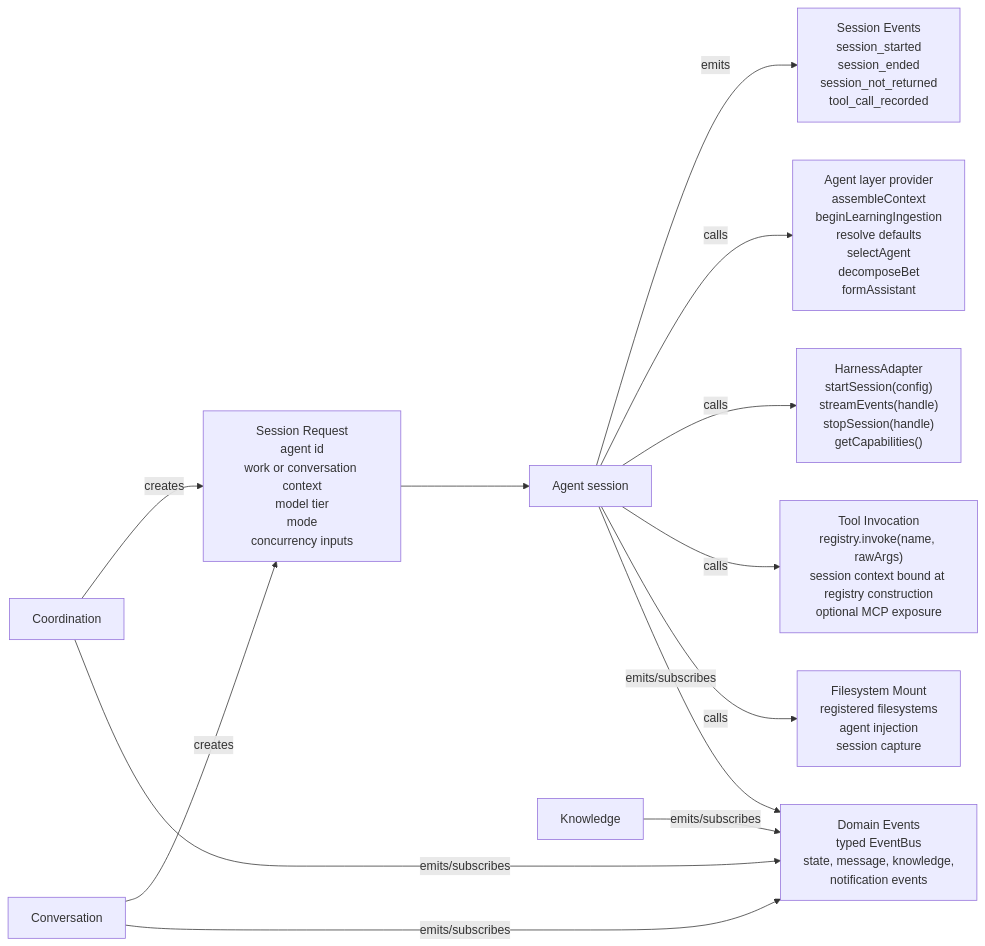
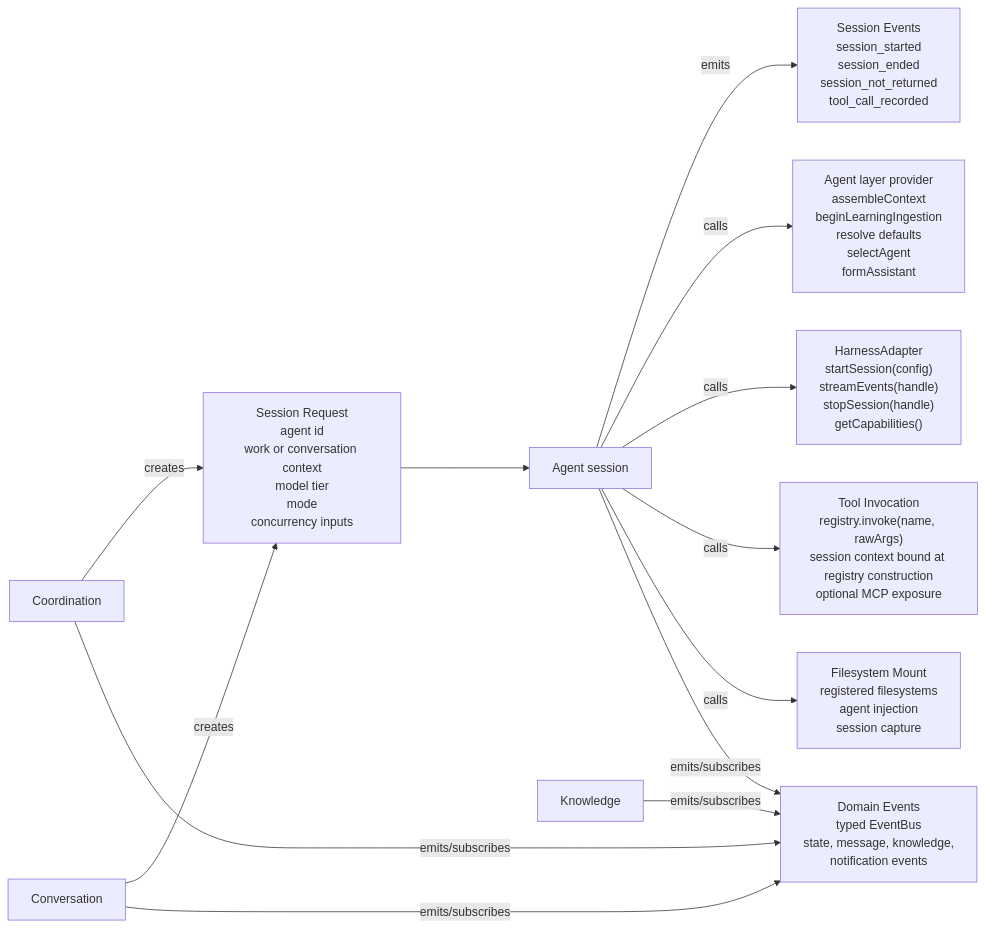
Before and after one commit to idle-builders/hyperidle: the third of 12 diagrams in docs/architecture/as-implemented-domain-architecture.md, drawn with Mermaid. The commit also changed other lines of this file and 54 other files, not shown here.

````diff
--- a/docs/architecture/as-implemented-domain-architecture.md
+++ b/docs/architecture/as-implemented-domain-architecture.md
@@ -100,23 +99,23 @@
 ```mermaid
 flowchart LR
   SessionRequest["Session Request\nagent id\nwork or conversation context\nmodel tier\nmode\nconcurrency inputs"]
   SessionEvents["Session Events\nsession_started\nsession_ended\nsession_not_returned\ntool_call_recorded"]
   HarnessContract["HarnessAdapter\nstartSession(config)\nstreamEvents(handle)\nstopSession(handle)\ngetCapabilities()"]
-  AgentLayerContract["Agent layer provider\nassembleContext\nbeginLearningIngestion\nresolve defaults\nselectAgent\ndecomposeBet\nformAssistant"]
+  AgentLayerContract["Agent layer provider\nassembleContext\nbeginLearningIngestion\nresolve defaults\nselectAgent\nformAssistant"]
   ToolContract["Tool Invocation\nregistry.invoke(name, rawArgs)\nsession context bound at registry construction\noptional MCP exposure"]
   MountContract["Filesystem Mount\nregistered filesystems\nagent injection\nsession capture"]
   EventContract["Domain Events\ntyped EventBus\nstate, message, knowledge,\nnotification events"]
 
   Coordination["Coordination"] -- "creates" --> SessionRequest
   Conversation["Conversation"] -- "creates" --> SessionRequest
   SessionRequest --> Session["Agent session"]
   Session -- "emits" --> SessionEvents
   Session -- "calls" --> AgentLayerContract
   Session -- "calls" --> HarnessContract
   Session -- "calls" --> ToolContract
   Session -- "calls" --> MountContract
   Coordination -- "emits/subscribes" --> EventContract
   Conversation -- "emits/subscribes" --> EventContract
   Knowledge -- "emits/subscribes" --> EventContract
   Session -- "emits/subscribes" --> EventContract
 ```
````
